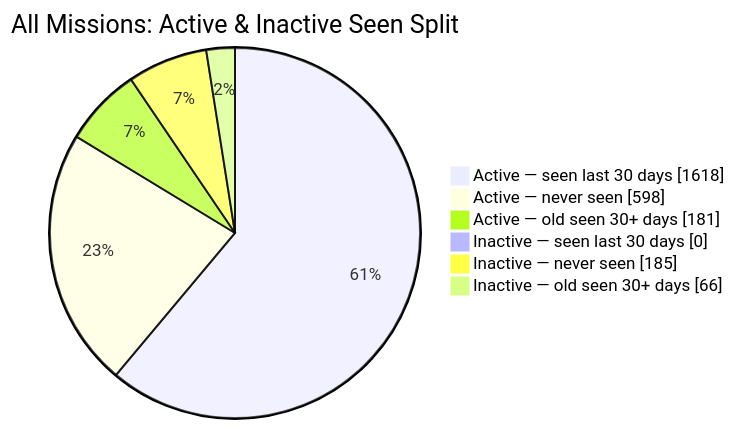
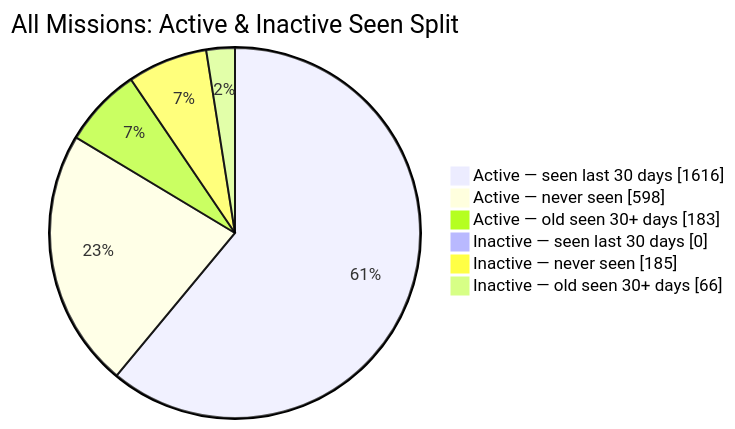
One commit to MeldkamerspelGameTeam/active-missions changed the second of 2 diagrams in README.md. Above: the diagram before and after it, drawn with Mermaid. The commit also changed other lines of this file and 3 other files, not shown here.

````diff
--- a/README.md
+++ b/README.md
@@ -44,10 +44,10 @@
 ```mermaid
 pie showData
     title All Missions: Active & Inactive Seen Split
-    "Active — seen last 30 days" : 1618
+    "Active — seen last 30 days" : 1616
     "Active — never seen" : 598
-    "Active — old seen 30+ days" : 181
+    "Active — old seen 30+ days" : 183
     "Inactive — seen last 30 days" : 0
     "Inactive — never seen" : 185
     "Inactive — old seen 30+ days" : 66
 ```
````
